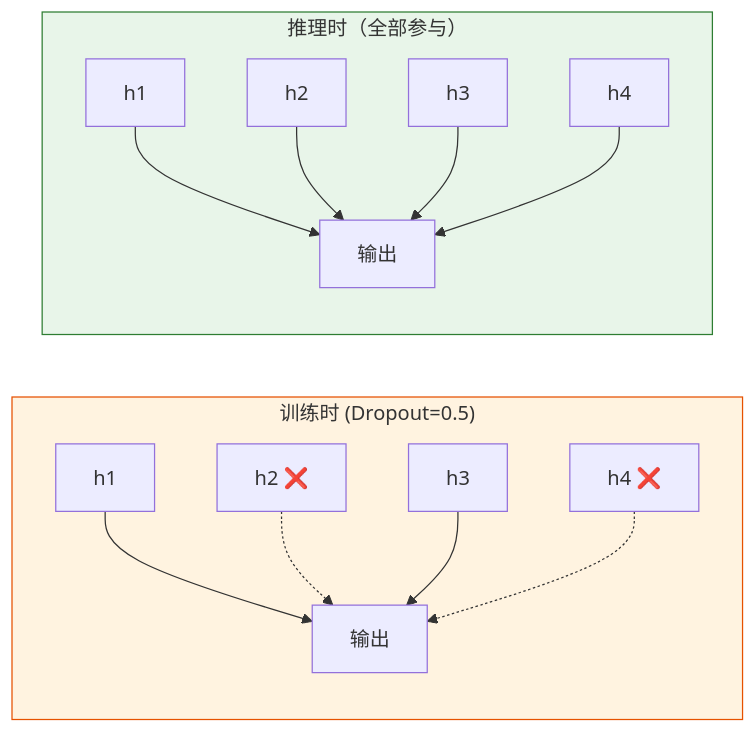
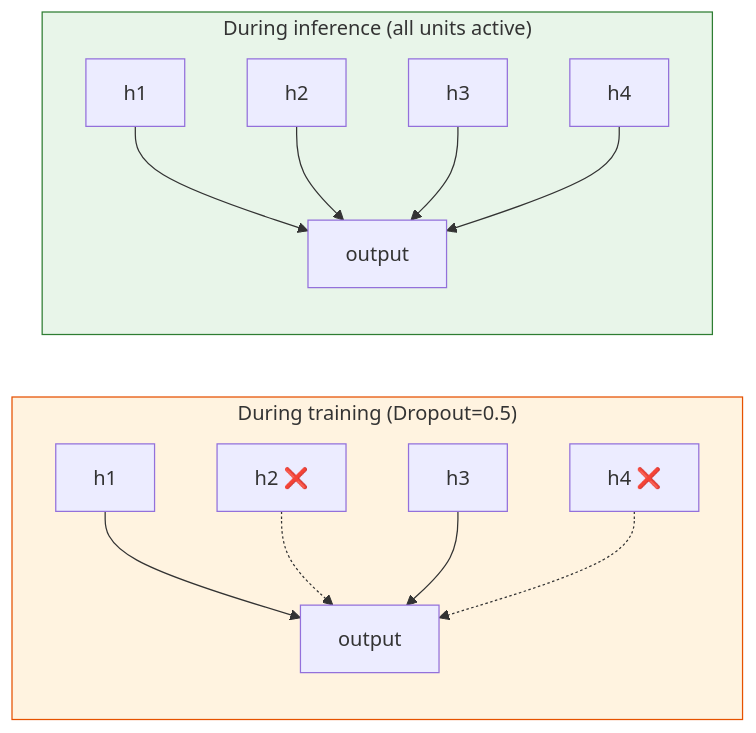
One commit to oudbiao/AI-fullstack-course changed the second of 2 diagrams in docs/ch06-deep-learning/ch01-nn-basics/04-regularization.md. Above: the diagram before and after it, drawn with Mermaid. The commit also changed other lines of this file and 1406 other files, not shown here.

````diff
--- a/docs/ch06-deep-learning/ch01-nn-basics/04-regularization.md
+++ b/docs/ch06-deep-learning/ch01-nn-basics/04-regularization.md
@@ -88,18 +88,18 @@
 ```mermaid
 flowchart LR
-    subgraph TRAIN["训练时 (Dropout=0.5)"]
-        A1["h1"] --> O1["输出"]
+    subgraph TRAIN["During training (Dropout=0.5)"]
+        A1["h1"] --> O1["output"]
         A2["h2 ❌"] -.-> O1
         A3["h3"] --> O1
         A4["h4 ❌"] -.-> O1
     end
-    subgraph TEST["推理时（全部参与）"]
-        B1["h1"] --> O2["输出"]
+    subgraph TEST["During inference (all units active)"]
+        B1["h1"] --> O2["output"]
         B2["h2"] --> O2
         B3["h3"] --> O2
         B4["h4"] --> O2
     end
 
     style TRAIN fill:#fff3e0,stroke:#e65100,color:#333
     style TEST fill:#e8f5e9,stroke:#2e7d32,color:#333
 ```
````
